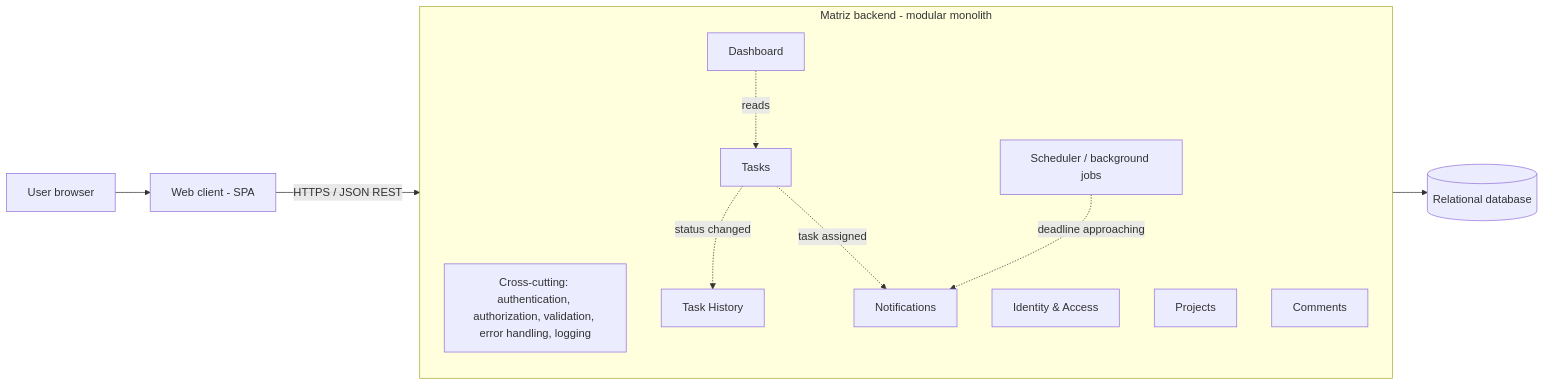
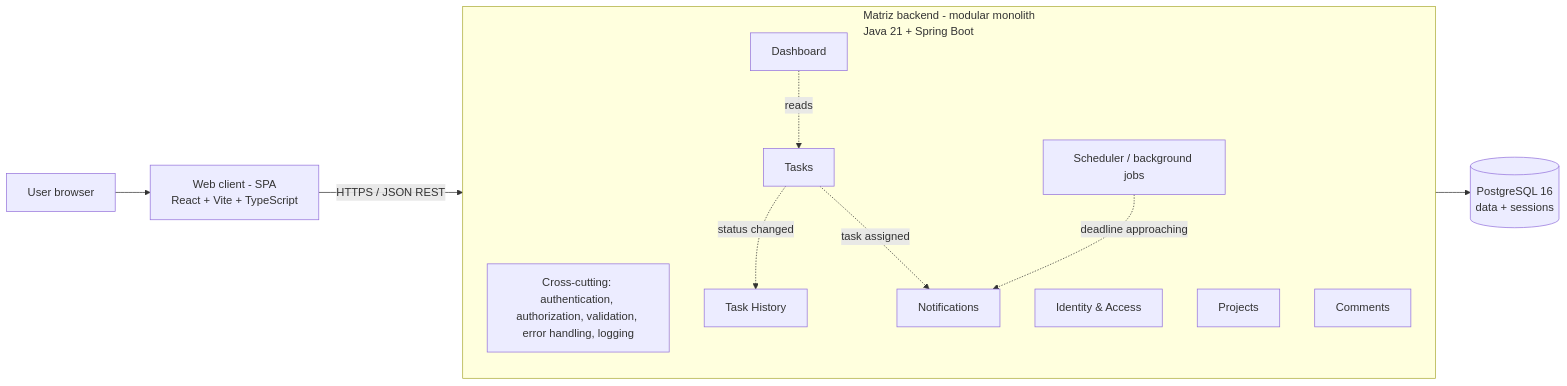
The diagram in docs/architecture.md (hugosousa1231830/matriz), drawn with Mermaid before and after one commit. The commit also changed other lines of this file and 18 other files, not shown here.

````diff
--- a/docs/architecture.md
+++ b/docs/architecture.md
@@ -74,24 +79,24 @@
 ```mermaid
 flowchart LR
-    U[User browser] --> WEB[Web client - SPA]
+    U[User browser] --> WEB[Web client - SPA<br/>React + Vite + TypeScript]
     WEB -- "HTTPS / JSON REST" --> API
 
-    subgraph API[Matriz backend - modular monolith]
+    subgraph API[Matriz backend - modular monolith<br/>Java 21 + Spring Boot]
         direction TB
         CC[Cross-cutting: authentication, authorization, validation, error handling, logging]
         IAM[Identity & Access]
         PRJ[Projects]
         TSK[Tasks]
         COM[Comments]
         HIS[Task History]
         NOT[Notifications]
         DSH[Dashboard]
         JOB[Scheduler / background jobs]
     end
 
-    API --> DB[(Relational database)]
+    API --> DB[(PostgreSQL 16<br/>data + sessions)]
     TSK -. "status changed" .-> HIS
     TSK -. "task assigned" .-> NOT
     JOB -. "deadline approaching" .-> NOT
     DSH -. "reads" .-> TSK
 ```
````
